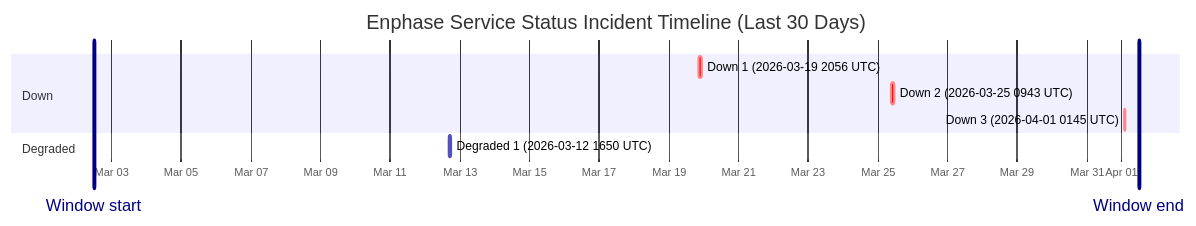
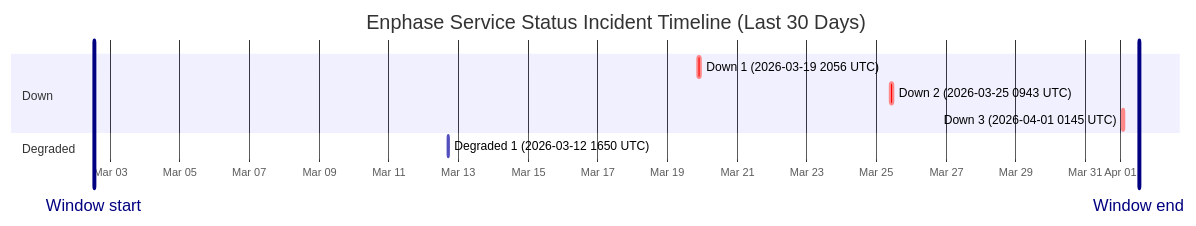
Before and after one commit to barneyonline/ha-enphase-ev-charger: the diagram in wiki/Service-Status-History.md, drawn with Mermaid. The commit also changed other lines of this file and 3 other files, not shown here.

````diff
--- a/wiki/Service-Status-History.md
+++ b/wiki/Service-Status-History.md
@@ -14,14 +14,14 @@
 ```mermaid
 gantt
     title Enphase Service Status Incident Timeline (Last 30 Days)
     dateFormat  YYYY-MM-DDTHH:mm:ss
     axisFormat  %b %d
-    Window start :vert, window-start, 2026-03-02T11:54:16, 0ms
-    Window end :vert, window-end, 2026-04-01T11:54:16, 0ms
+    Window start :vert, window-start, 2026-03-02T12:56:27, 0ms
+    Window end :vert, window-end, 2026-04-01T12:56:27, 0ms
     section Down
     Down 1 (2026-03-19 2056 UTC) :crit, down-1, 2026-03-19T20:56:20, 145m
     Down 2 (2026-03-25 0943 UTC) :crit, down-2, 2026-03-25T09:43:28, 111m
     Down 3 (2026-04-01 0145 UTC) :crit, down-3, 2026-04-01T01:45:09, 60m
     section Degraded
     Degraded 1 (2026-03-12 1650 UTC) :active, degraded-1, 2026-03-12T16:50:43, 60m
 ```
````
